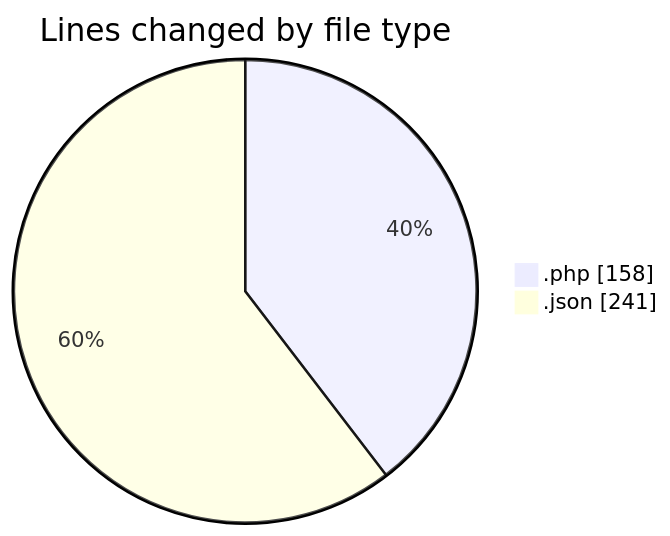
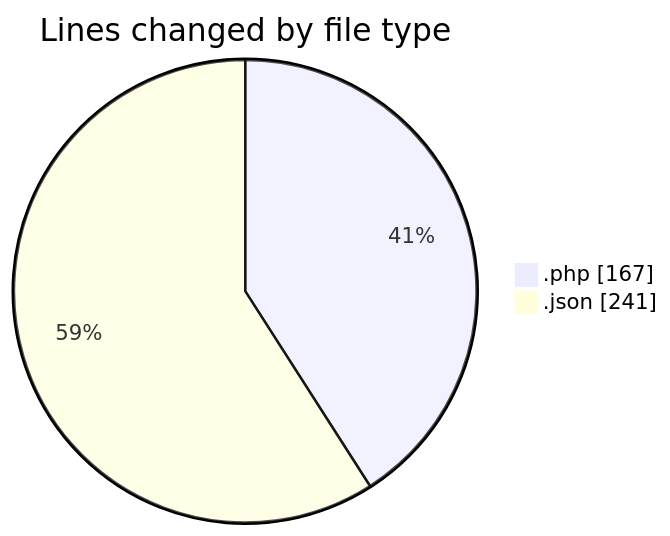
Before and after one commit to idhammustaqopulfikri/code-tracking: the first of 2 diagrams in 2025-03-29/autodidak/README.md, drawn with Mermaid. The commit also changed other lines of this file and 1 other file, not shown here.

````diff
--- a/2025-03-29/autodidak/README.md
+++ b/2025-03-29/autodidak/README.md
@@ -25,6 +25,6 @@
 ```mermaid
 pie showData
 title Lines changed by file type
-".php" : 158
+".php" : 167
 ".json" : 241
 ```
````
